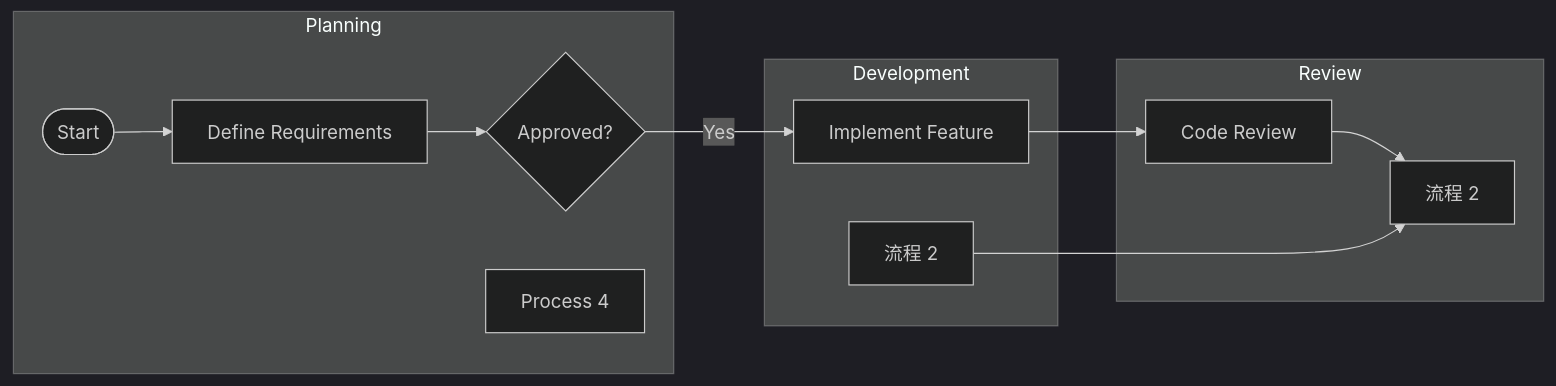
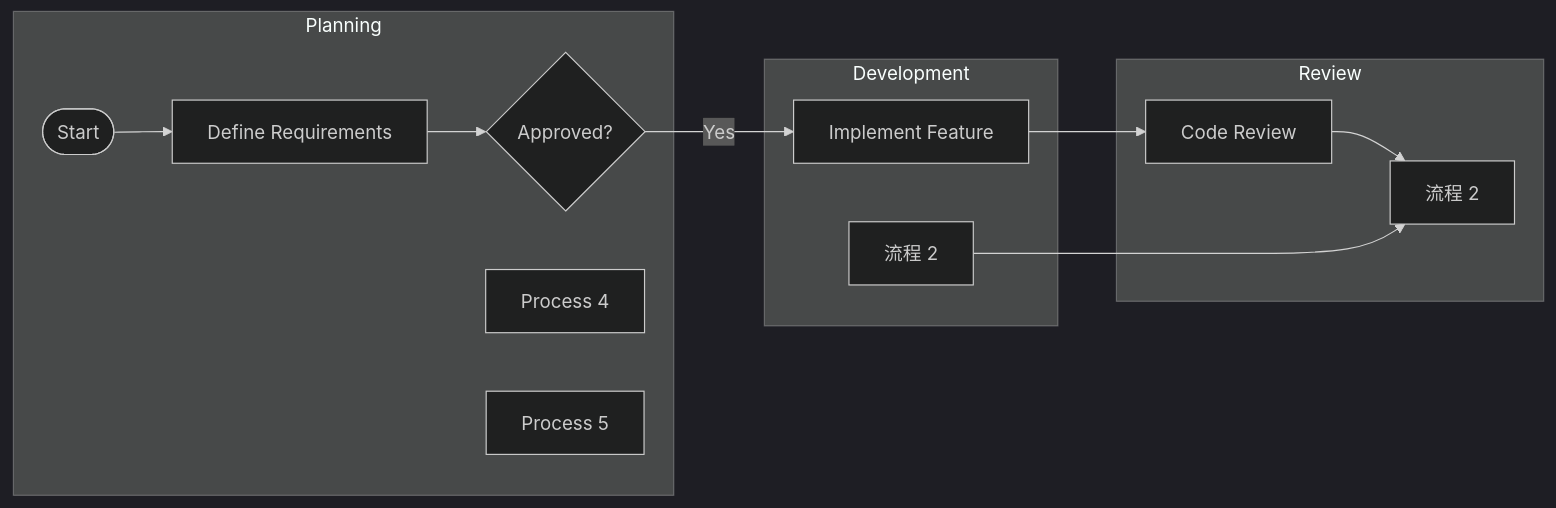
One commit to pingpm/mermaid_vault changed the diagram in mmd/12323_41681640-9752-48cb-9907-d6624d5d20d0.mmd. Above: the diagram before and after it, drawn with Mermaid (dark theme). The commit also changed 3 other files, not shown here.

Commit message:
Sync Mermaid Studio data (15 diagrams)

```diff
--- a/mmd/12323_41681640-9752-48cb-9907-d6624d5d20d0.mmd
+++ b/mmd/12323_41681640-9752-48cb-9907-d6624d5d20d0.mmd
@@ -1,21 +1,22 @@
 flowchart LR
   subgraph lane_0["Planning"]
     t_0{"Approved?"}
     t_1(["Start"])
     t_2["Define Requirements"]
     t_3["Process 4"]
+    t_4["Process 5"]
   end
   subgraph lane_1["Development"]
-    t_4["Implement Feature"]
-    t_5["流程 2"]
+    t_5["Implement Feature"]
+    t_6["流程 2"]
   end
   subgraph lane_2["Review"]
-    t_6["Code Review"]
-    t_7["流程 2"]
+    t_7["Code Review"]
+    t_8["流程 2"]
   end
   t_1 --> t_2
   t_2 --> t_0
-  t_0 -->|"Yes"| t_4
-  t_4 --> t_6
-  t_6 --> t_7
+  t_0 -->|"Yes"| t_5
   t_5 --> t_7
+  t_7 --> t_8
+  t_6 --> t_8
```
